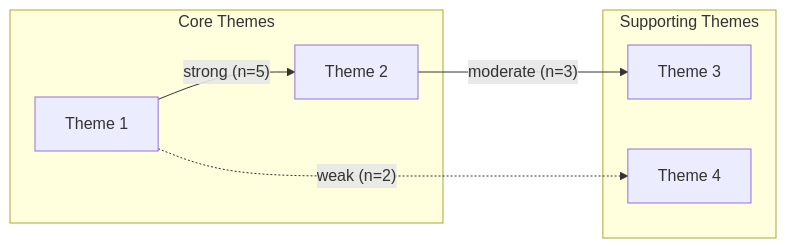
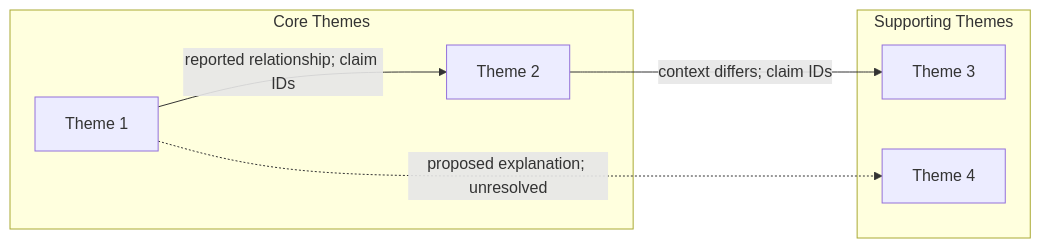
The diagram in content/templates/synthesis-matrix.md (jxpeng98/qiongli), drawn with Mermaid before and after one commit. The commit also changed other lines of this file and 25 other files, not shown here.

````diff
--- a/content/templates/synthesis-matrix.md
+++ b/content/templates/synthesis-matrix.md
@@ -130,16 +156,16 @@
 ```mermaid
 graph LR
     subgraph Core Themes
         T1[Theme 1]
         T2[Theme 2]
     end
 
     subgraph Supporting Themes
         T3[Theme 3]
         T4[Theme 4]
     end
 
-    T1 -->|"strong (n=5)"| T2
-    T2 -->|"moderate (n=3)"| T3
-    T1 -.->|"weak (n=2)"| T4
+    T1 -->|"reported relationship; claim IDs"| T2
+    T2 -->|"context differs; claim IDs"| T3
+    T1 -.->|"proposed explanation; unresolved"| T4
 ```
````
